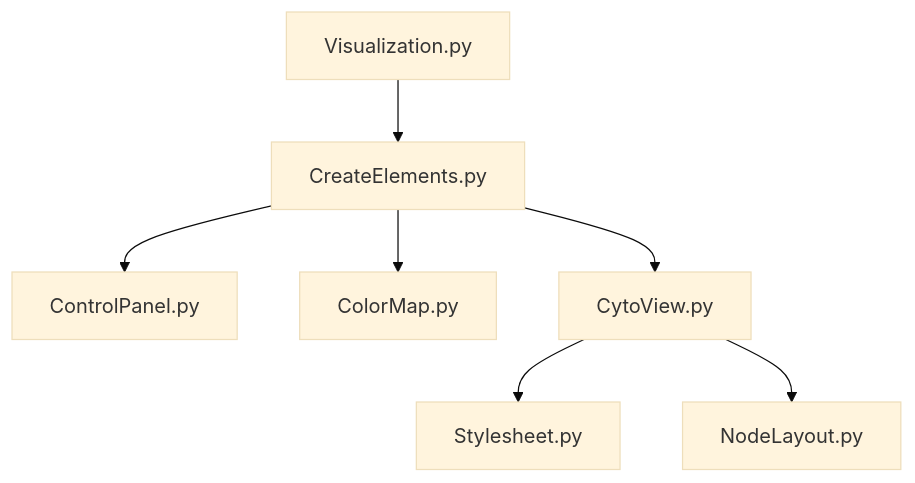
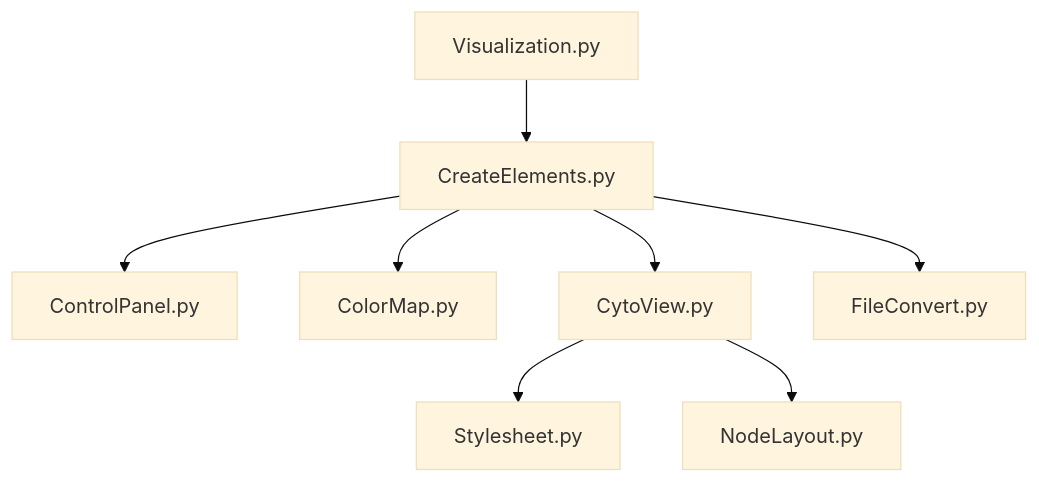
The diagram in README.md (mehdi123dj/VIZ_API), drawn with Mermaid (base theme) before and after one commit. The commit also changed other lines of this file, not shown here.

````diff
--- a/README.md
+++ b/README.md
@@ -58,9 +68,10 @@
 ```mermaid
   graph TD;
       Visualization.py-->CreateElements.py;
       CreateElements.py-->ControlPanel.py;
       CreateElements.py-->ColorMap.py;
       CreateElements.py-->CytoView.py;
+      CreateElements.py-->FileConvert.py;
       CytoView.py-->Stylesheet.py;
       CytoView.py-->NodeLayout.py;
 ```
````
